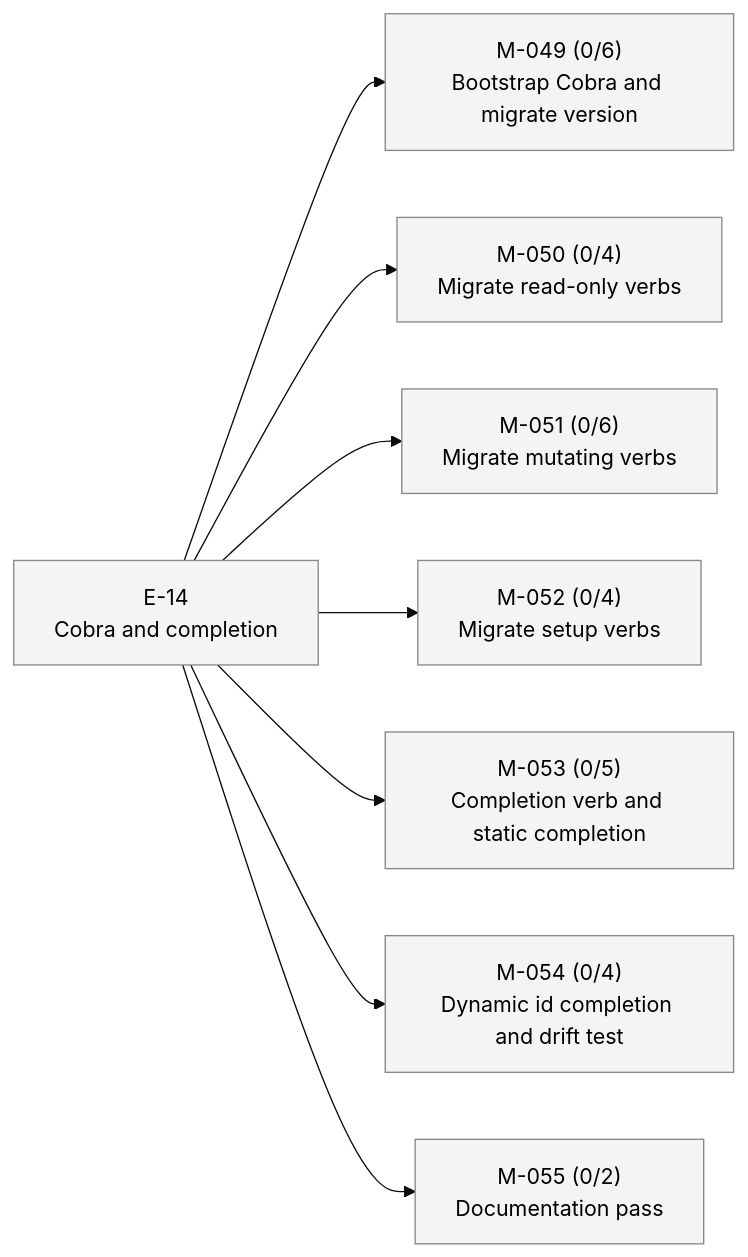
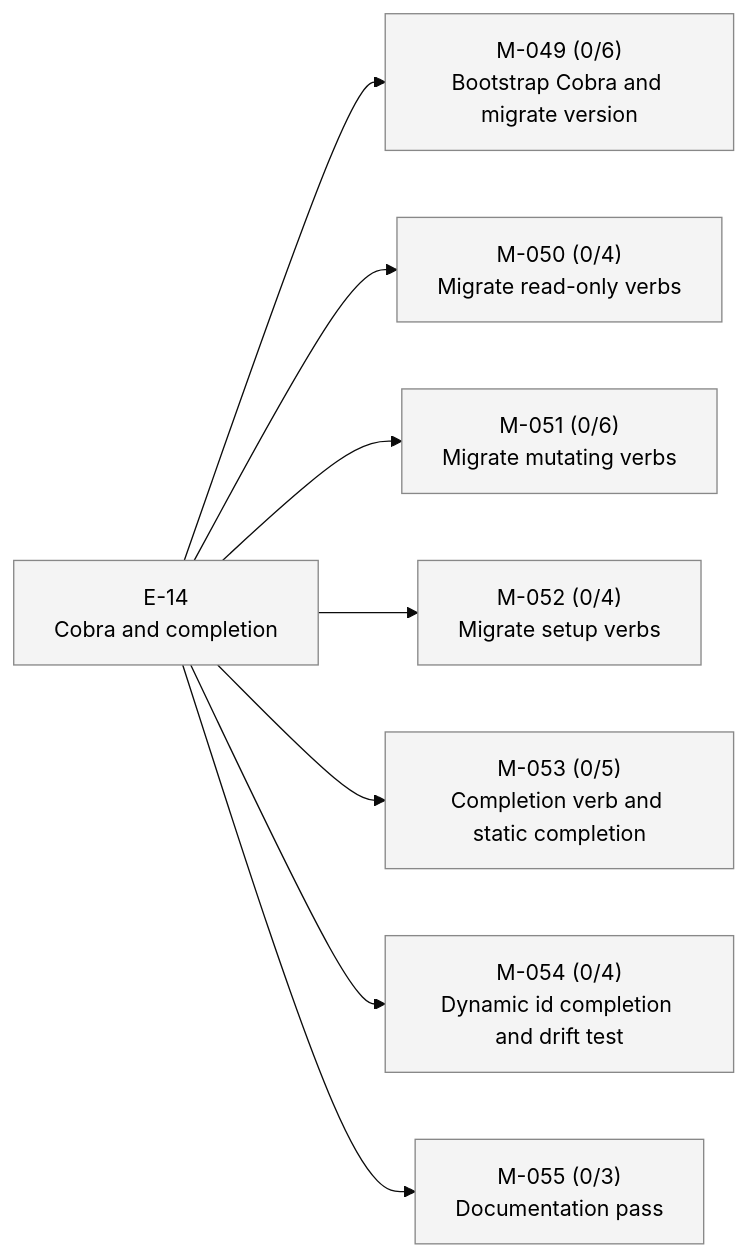
Before and after one commit to 23min/aiwf: the second of 2 diagrams in STATUS.md, drawn with Mermaid (base theme). The commit also changed other lines of this file and 1 other file, not shown here.

````diff
--- a/STATUS.md
+++ b/STATUS.md
@@ -38,24 +38,24 @@
 ```mermaid
 flowchart LR
   E_14["E-14<br/>Cobra and completion"]:::epic_proposed
   M_049["M-049 (0/6)<br/>Bootstrap Cobra and migrate version"]:::ms_draft
   E_14 --> M_049
   M_050["M-050 (0/4)<br/>Migrate read-only verbs"]:::ms_draft
   E_14 --> M_050
   M_051["M-051 (0/6)<br/>Migrate mutating verbs"]:::ms_draft
   E_14 --> M_051
   M_052["M-052 (0/4)<br/>Migrate setup verbs"]:::ms_draft
   E_14 --> M_052
   M_053["M-053 (0/5)<br/>Completion verb and static completion"]:::ms_draft
   E_14 --> M_053
   M_054["M-054 (0/4)<br/>Dynamic id completion and drift test"]:::ms_draft
   E_14 --> M_054
-  M_055["M-055 (0/2)<br/>Documentation pass"]:::ms_draft
+  M_055["M-055 (0/3)<br/>Documentation pass"]:::ms_draft
   E_14 --> M_055
   classDef epic_active fill:#d6eaff,stroke:#1a73e8,color:#000
   classDef epic_proposed fill:#f4f4f4,stroke:#888,color:#000
   classDef ms_done fill:#d8f5d8,stroke:#2a8a2a,color:#000
   classDef ms_in_progress fill:#fff3c4,stroke:#caa400,color:#000
   classDef ms_draft fill:#f4f4f4,stroke:#888,color:#000
   classDef ms_cancelled fill:#fbeaea,stroke:#c33,color:#000
 ```
````
